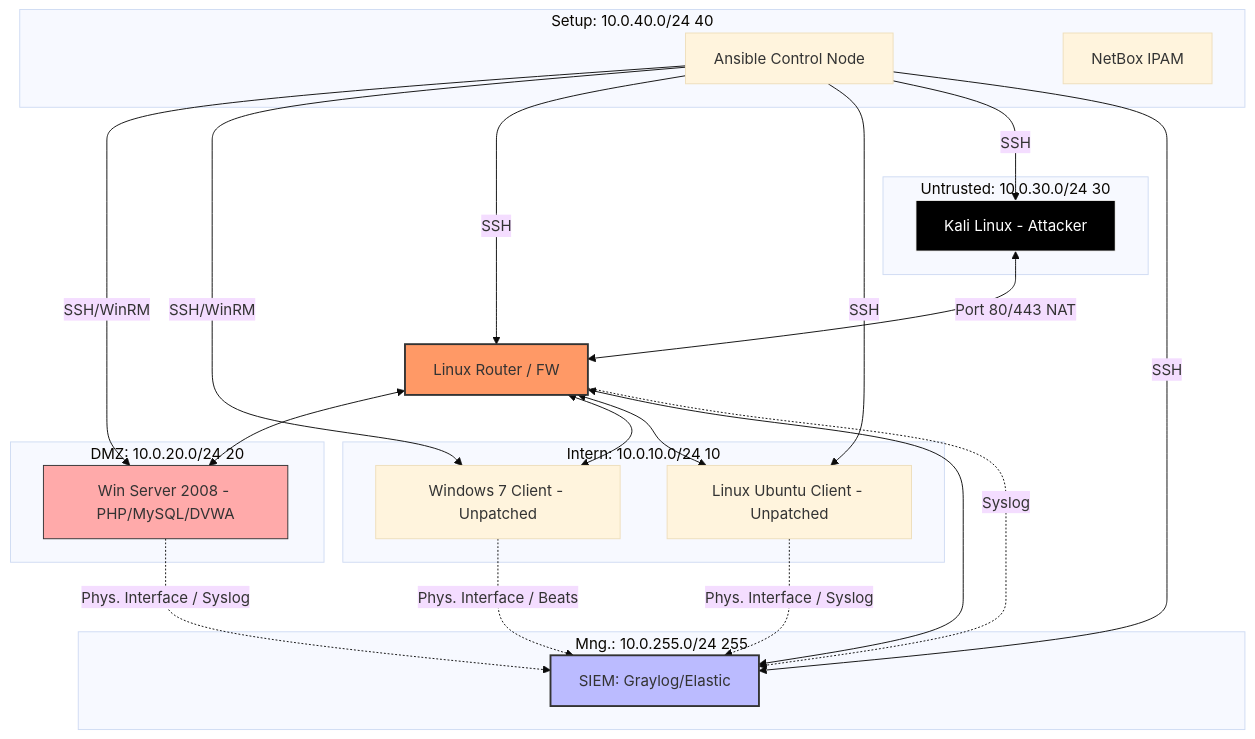
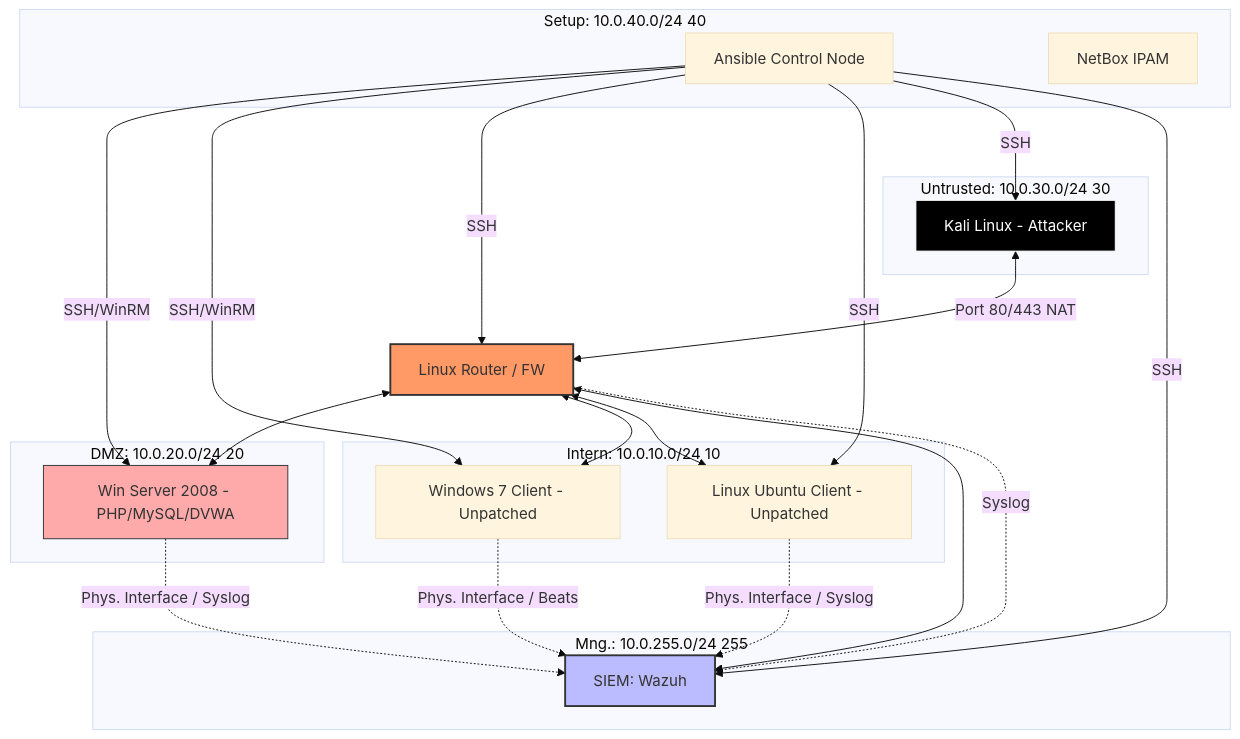
One commit to MByteBender/security_lab changed the diagram in docu/deliverable_session2.md. Above: the diagram before and after it, drawn with Mermaid (base theme). The commit also changed other lines of this file, not shown here.

````diff
--- a/docu/deliverable_session2.md
+++ b/docu/deliverable_session2.md
@@ -11,55 +11,55 @@
 ```mermaid
 %% Use the following code in mermaid.live to get the architecture diagram
 
 graph TD
     subgraph Internet_Untrusted [Untrusted: 10.0.30.0/24 30]
         Kali[Kali Linux - Attacker]
     end
 
     Router[Linux Router / FW]
 
     subgraph DMZ_Zone [DMZ: 10.0.20.0/24 20]
         Webserver[Win Server 2008 - PHP/MySQL/DVWA]
     end
 
     subgraph LAN_Zone [Intern: 10.0.10.0/24 10]
         Win7[Windows 7 Client - Unpatched]
         UbuntuDesktop[Linux Ubuntu Client - Unpatched]
     end
 
     subgraph SIEM_Zone [Mng.: 10.0.255.0/24 255]
-        SIEM[SIEM: Graylog/Elastic]
+        SIEM[SIEM: Wazuh]
     end
 
     subgraph Configuration [Setup: 10.0.40.0/24 40]
         Ansible[Ansible Control Node]
         NetBox[NetBox IPAM]
     end
 
     %% Router Connections
     Kali <-->|Port 80/443 NAT| Router
     Router <--> Webserver
     Router <--> Win7
     Router <--> UbuntuDesktop
     Router <--> SIEM
 
     %% Management / Provisioning
     Ansible -->|SSH/WinRM| Webserver
     Ansible -->|SSH/WinRM| Win7
     Ansible -->|SSH| Router
     Ansible -->|SSH| UbuntuDesktop
     Ansible -->|SSH| Kali
     Ansible -->|SSH| SIEM
 
     %% Multi-homed Interfaces & Logging
     Webserver -.->|Phys. Interface / Syslog| SIEM
     Win7 -.->|Phys. Interface / Beats| SIEM
     UbuntuDesktop -.->|Phys. Interface / Syslog| SIEM
     Router -.->|Syslog| SIEM
 
     %% Styling
     style Router fill:#f96,stroke:#333,stroke-width:2px
     style SIEM fill:#bbf,stroke:#333,stroke-width:2px
     style Webserver fill:#faa,stroke:#333
     style Kali fill:#000,stroke:#fff,color:#fff
 ```
````
